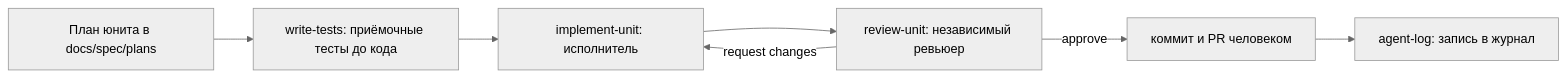
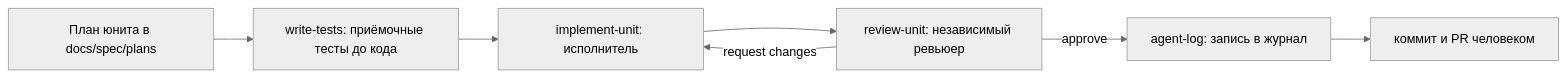
One commit to Daniiltyhtin/campus-rating changed the diagram in docs/agent-process.md. Above: the diagram before and after it, drawn with Mermaid (neutral theme). The commit also changed other lines of this file and 4 other files, not shown here.

````diff
--- a/docs/agent-process.md
+++ b/docs/agent-process.md
@@ -7,9 +7,9 @@
 ```mermaid
 flowchart LR
   P[План юнита в docs/spec/plans] --> T[write-tests: приёмочные тесты до кода]
   T --> I[implement-unit: исполнитель]
   I --> R[review-unit: независимый ревьюер]
   R -->|request changes| I
-  R -->|approve| C[коммит и PR человеком]
-  C --> L[agent-log: запись в журнал]
+  R -->|approve| L[agent-log: запись в журнал]
+  L --> C[коммит и PR человеком]
 ```
````
